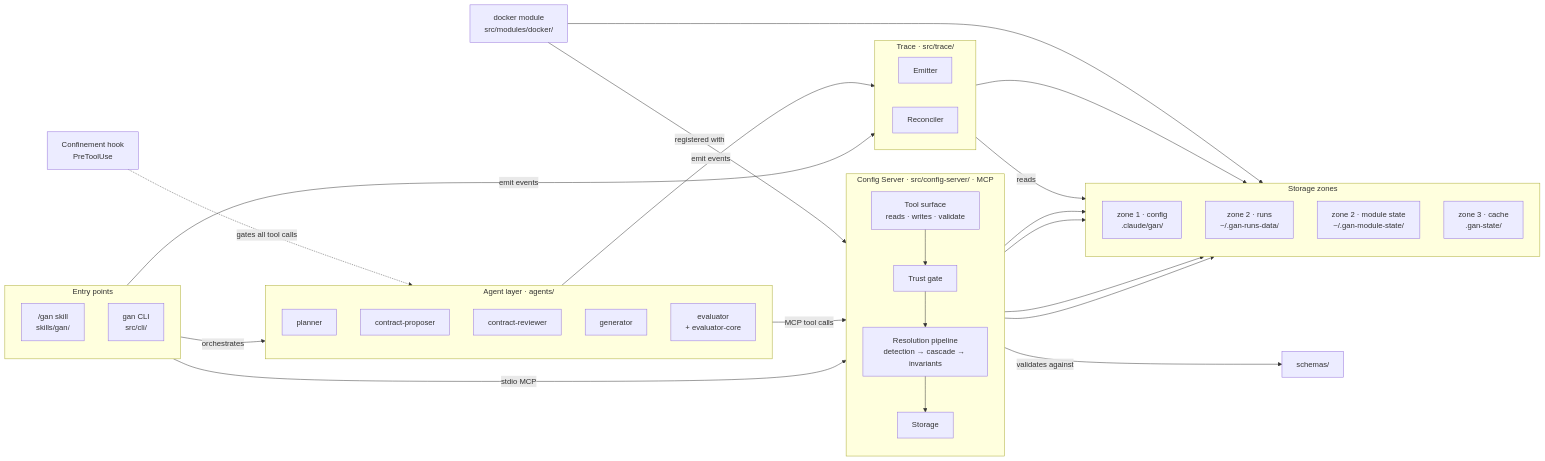
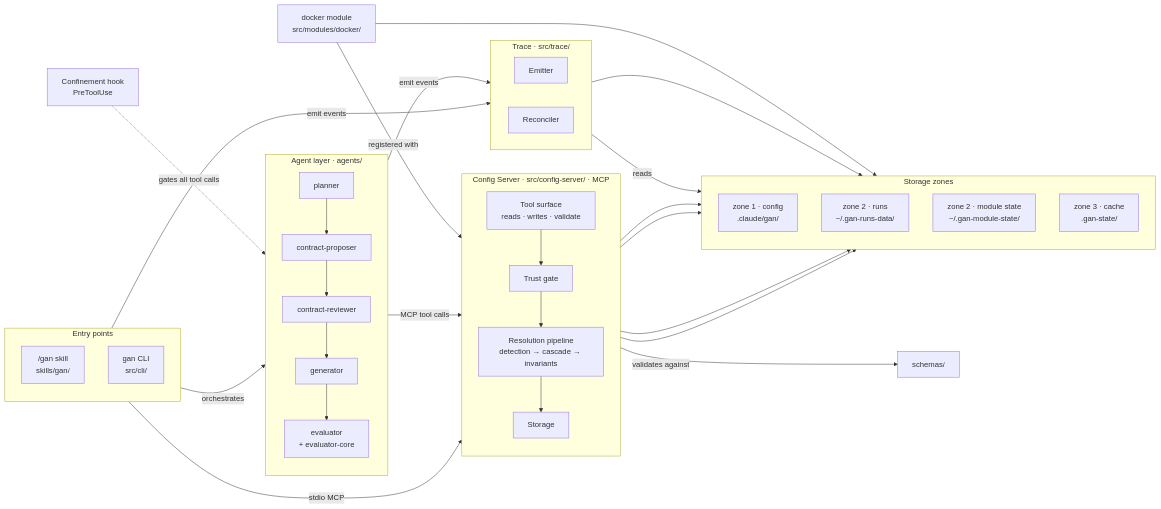
The first of 4 diagrams in documentation/subsystem-architecture.md (Thomas-AppForceOne/ClaudeAgents), drawn with Mermaid before and after one commit.

Commit message:
docs: chain agents with arrows to force vertical stack in all renderers
Without renderer support for subgraph direction overrides, the agents
were laid out horizontally. Explicit arrows between agents guarantee
vertical stacking and also communicate the sequential execution order.

````diff
--- a/documentation/subsystem-architecture.md
+++ b/documentation/subsystem-architecture.md
@@ -13,58 +13,54 @@
 ```mermaid
 flowchart LR
     subgraph ENTRY["Entry points"]
         direction TB
         SKILL["/gan skill\nskills/gan/"]
         CLI["gan CLI\nsrc/cli/"]
     end
 
     HOOK["Confinement hook\nPreToolUse"]
 
     subgraph AL["Agent layer · agents/"]
         direction TB
-        PL["planner"]
-        CP["contract-proposer"]
-        CR["contract-reviewer"]
-        GN["generator"]
-        EV["evaluator\n+ evaluator-core"]
+        PL["planner"] --> CP["contract-proposer"] --> CR["contract-reviewer"] --> GN["generator"] --> EV["evaluator\n+ evaluator-core"]
     end
 
     subgraph CS["Config Server · src/config-server/ · MCP"]
         direction TB
         MT["Tool surface\nreads · writes · validate"]
         TG["Trust gate"]
         RP["Resolution pipeline\ndetection → cascade → invariants"]
         ST["Storage"]
         MT --> TG --> RP --> ST
     end
 
     SCH["schemas/"]
     DK["docker module\nsrc/modules/docker/"]
 
     subgraph TR["Trace · src/trace/"]
         direction LR
         EM["Emitter"]
         RC["Reconciler"]
     end
 
     subgraph ZN["Storage zones"]
         direction TB
         Z1["zone 1 · config\n.claude/gan/"]
         Z2R["zone 2 · runs\n~/.gan-runs-data/"]
         Z2M["zone 2 · module state\n~/.gan-module-state/"]
         Z3["zone 3 · cache\n.gan-state/"]
     end
 
     SKILL      -->|"orchestrates"| AL
     CLI        -->|"stdio MCP"| MT
     HOOK      -.->|"gates all tool calls"| AL
     AL         -->|"MCP tool calls"| CS
     DK         -->|"registered with"| MT
     RP         -->|"validates against"| SCH
     ST         --> Z1 & Z2R & Z2M & Z3
     SKILL      -->|"emit events"| EM
     AL         -->|"emit events"| EM
     EM         --> Z2R
     RC         -->|"reads"| Z2R
     DK         --> Z2M
 ```
````
